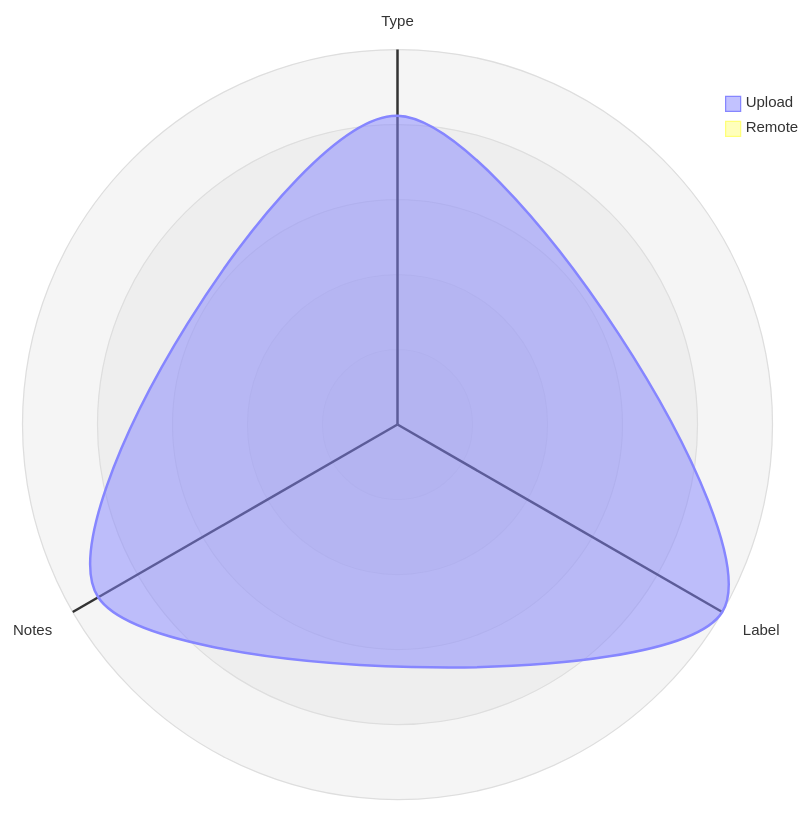
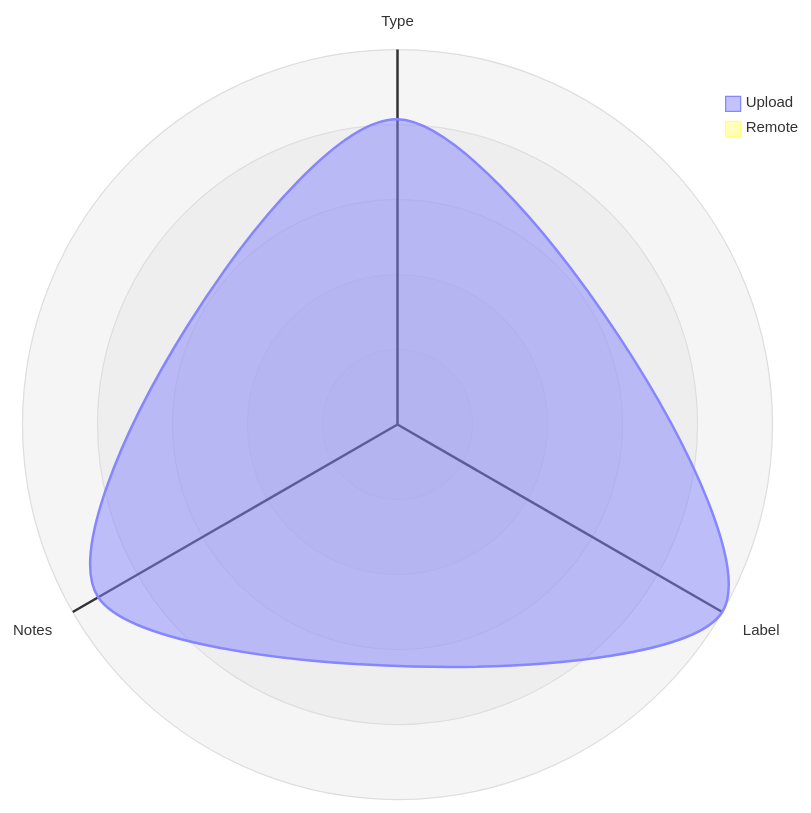
Before and after one commit to open-data/analytics-corporate-reporting: the third of 5 diagrams in datastore_tracker/README.md, drawn with Mermaid. The commit also changed other lines of this file and 11 other files, not shown here.

````diff
--- a/datastore_tracker/README.md
+++ b/datastore_tracker/README.md
@@ -106,12 +106,12 @@
 ```mermaid
 radar-beta
   axis T["Type"], L["Label"], N["Notes"]
-  curve u["Upload"]{0.00084, 0.00102, 0.00094}
+  curve u["Upload"]{0.00083, 0.00102, 0.00094}
   curve r["Remote"]{0, 0, 0}
 
   showLegend true
 
   min 0
   graticule circle
   ticks 5
 ```
````
